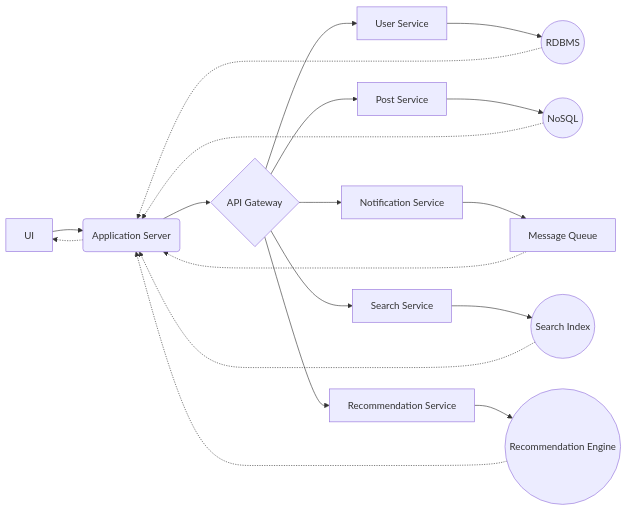
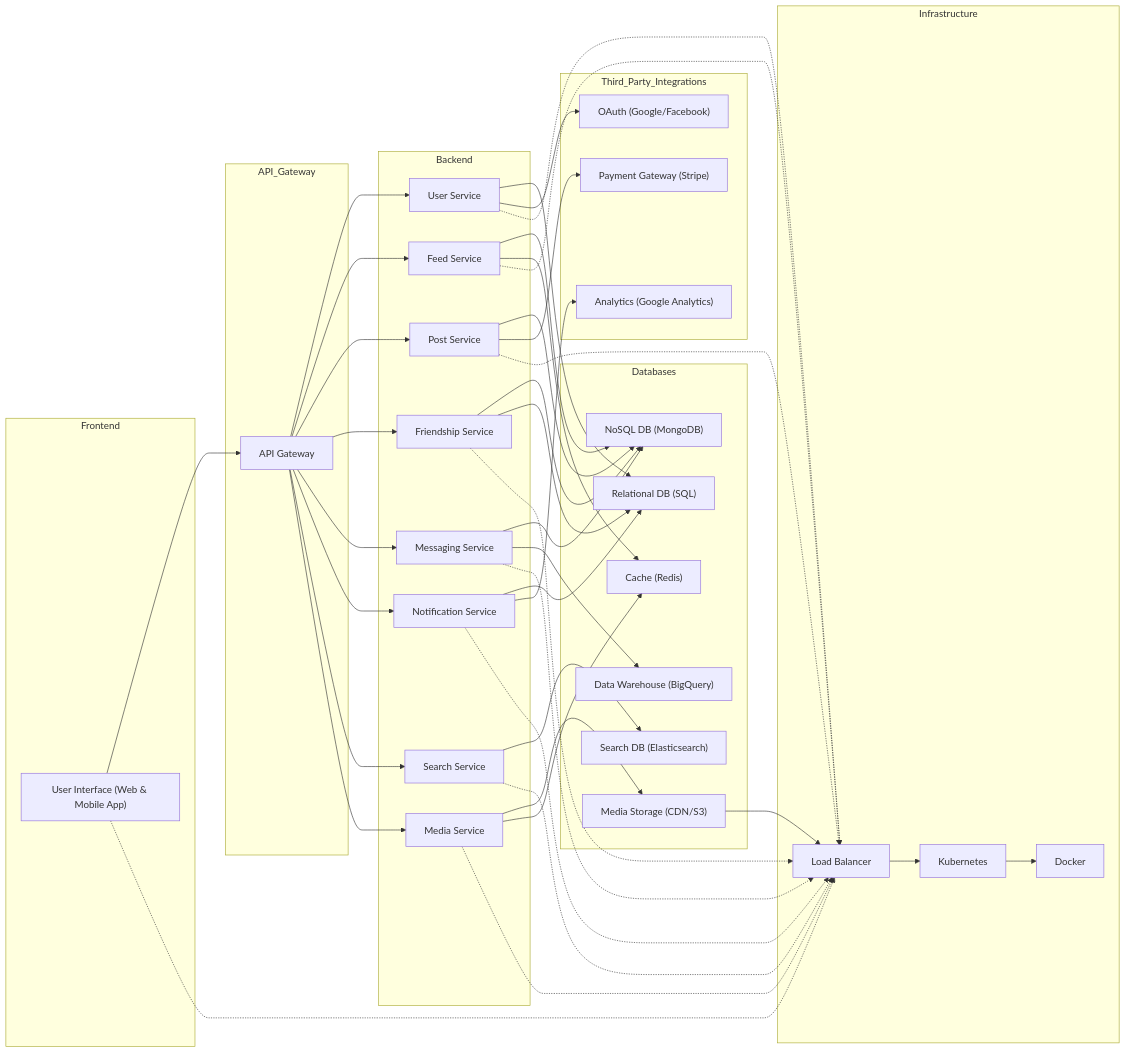
Before and after one commit to muthuspark/system-design: the first of 11 diagrams in posts/domain-specific/social-network-architecture/index.qmd, drawn with Mermaid. The commit also changed other lines of this file and 302 other files, not shown here.

````diff
--- a/posts/domain-specific/social-network-architecture/index.qmd
+++ b/posts/domain-specific/social-network-architecture/index.qmd
@@ -51,21 +68,80 @@
 ```{mermaid}
 graph LR
-    A[UI] --> B(Application Server);
-    B --> C{API Gateway};
-    C --> D[User Service];
-    C --> E[Post Service];
-    C --> F[Notification Service];
-    C --> G[Search Service];
-    C --> H[Recommendation Service];
-    D --> I((RDBMS));
-    E --> J((NoSQL));
-    F --> K[Message Queue];
-    G --> L((Search Index));
-    H --> M((Recommendation Engine));
-    I -.-> B;
-    J -.-> B;
-    K -.-> B;
-    L -.-> B;
-    M -.-> B;
-    B -.-> A;
+    subgraph Frontend
+        A["User Interface (Web & Mobile App)"]
+    end
+
+    subgraph API_Gateway
+        B[API Gateway]
+    end
+
+    subgraph Backend
+        C[User Service]
+        D[Feed Service]
+        E[Post Service]
+        F[Friendship Service]
+        G[Messaging Service]
+        H[Notification Service]
+        I[Search Service]
+        J[Media Service]
+    end
+
+    subgraph Infrastructure
+        Q[Load Balancer]
+        R[Kubernetes]
+        S[Docker]
+    end
+
+    subgraph Databases
+        K["Relational DB (SQL)"]
+        L["NoSQL DB (MongoDB)"]
+        M["Search DB (Elasticsearch)"]
+        N["Cache (Redis)"]
+        O["Data Warehouse (BigQuery)"]
+        P["Media Storage (CDN/S3)"]
+    end
+
+
+    subgraph Third_Party_Integrations
+        T["OAuth (Google/Facebook)"]
+        U["Payment Gateway (Stripe)"]
+        V["Analytics (Google Analytics)"]
+    end
+
+    A --> B
+    B --> C
+    B --> D
+    B --> E
+    B --> F
+    B --> G
+    B --> H
+    B --> I
+    B --> J
+    C --> K
+    D --> L
+    E --> L
+    F --> L
+    G --> L
+    H --> K
+    I --> M
+    J --> P
+    J --> N
+    P --> Q
+    Q --> R
+    R --> S
+    C --> T
+    E --> U
+    H --> V
+    D --> N
+    F --> K
+    G --> O
+    A -.-> Q
+    C -.-> Q
+    D -.-> Q
+    E -.-> Q
+    F -.-> Q
+    G -.-> Q
+    H -.-> Q
+    I -.-> Q
+    J -.-> Q
 ```
````
